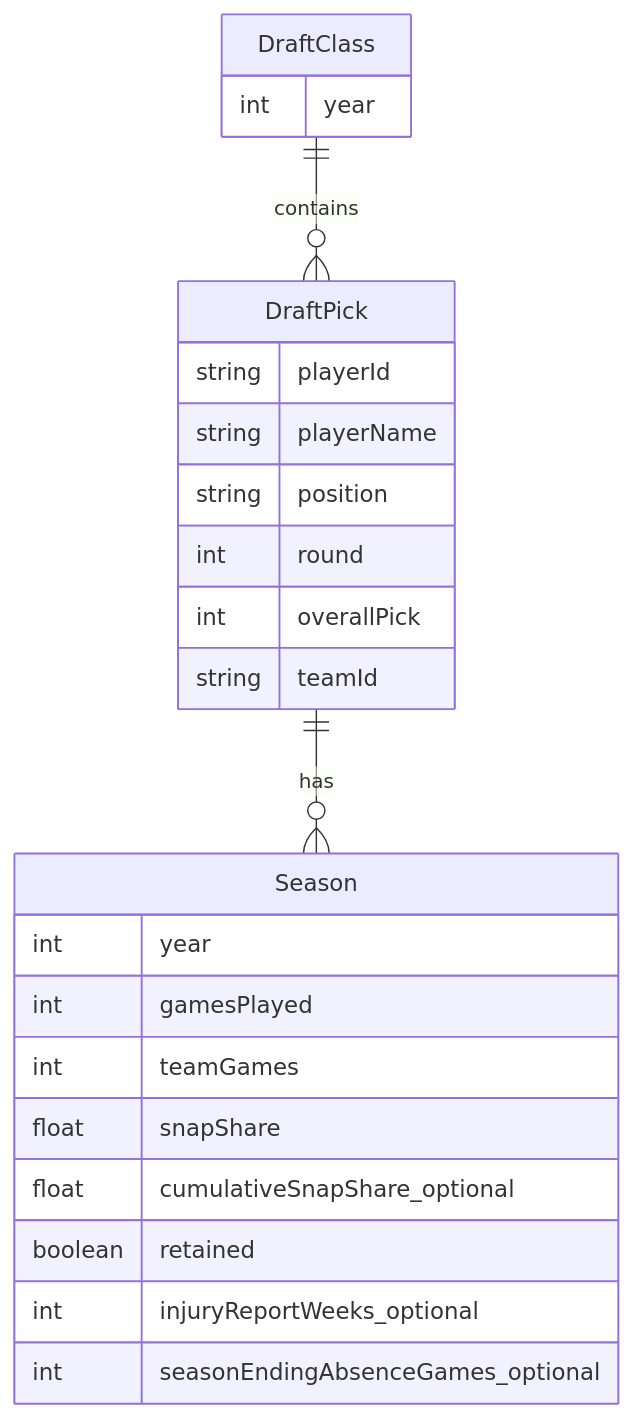
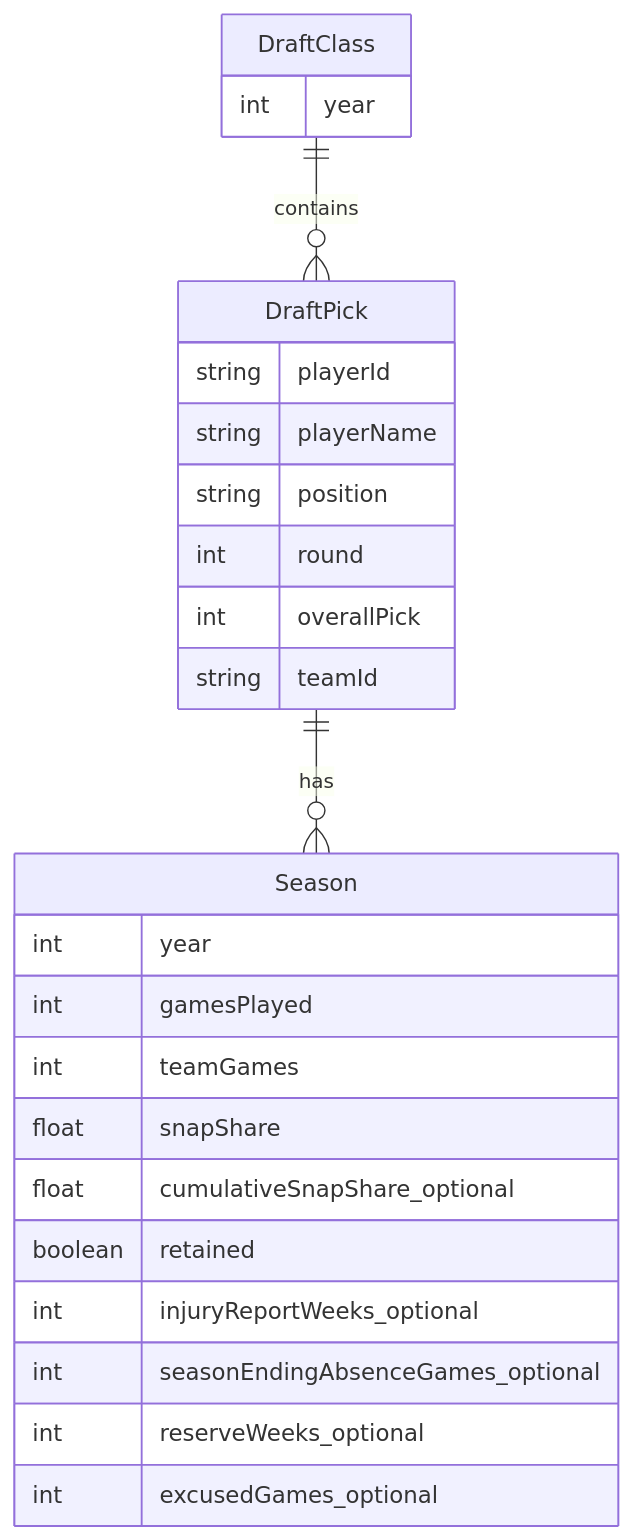
The diagram in docs/datamodel.md (ttu/nfl-draft-success), drawn with Mermaid before and after one commit. The commit also changed other lines of this file and 44 other files, not shown here.

First line of the commit message:
feat: forgive load for weeks lost to injured reserve

````diff
--- a/docs/datamodel.md
+++ b/docs/datamodel.md
@@ -7,29 +7,31 @@
 ```mermaid
 erDiagram
     DraftClass ||--o{ DraftPick : contains
     DraftPick ||--o{ Season : has
 
     DraftClass {
         int year
     }
 
     DraftPick {
         string playerId
         string playerName
         string position
         int round
         int overallPick
         string teamId
     }
 
     Season {
         int year
         int gamesPlayed
         int teamGames
         float snapShare
         float cumulativeSnapShare_optional
         boolean retained
         int injuryReportWeeks_optional
         int seasonEndingAbsenceGames_optional
+        int reserveWeeks_optional
+        int excusedGames_optional
     }
 ```
````
